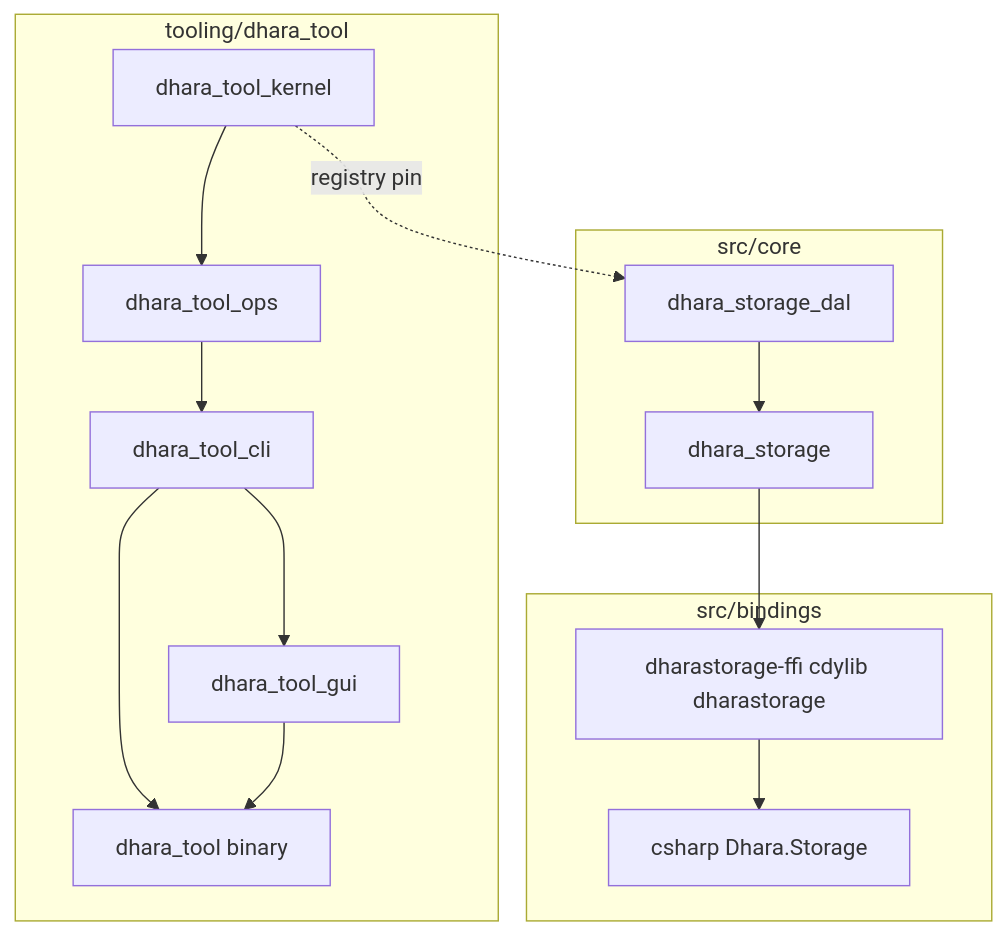
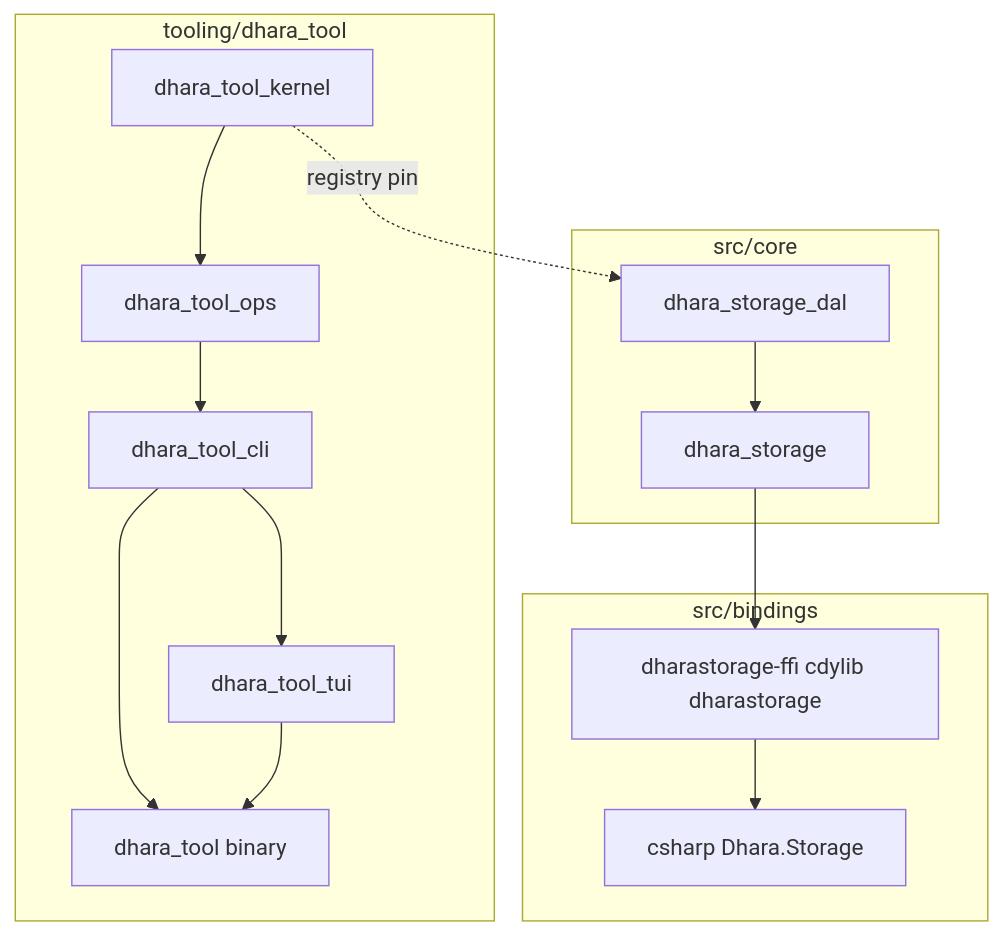
One commit to D-Naveenz/dhara_storage changed the first of 2 diagrams in docs/architecture.md. Above: the diagram before and after it, drawn with Mermaid. The commit also changed other lines of this file and 59 other files, not shown here.

First line of the commit message:
✨ Replace iced GUI with ratatui TUI for dhara_tool operator interface

````diff
--- a/docs/architecture.md
+++ b/docs/architecture.md
@@ -7,30 +7,30 @@
 ```mermaid
 flowchart TB
   subgraph core [src/core]
     dal[dhara_storage_dal]
     runtime[dhara_storage]
   end
 
   subgraph bindings [src/bindings]
     ffi[dharastorage-ffi cdylib dharastorage]
     csharp[csharp Dhara.Storage]
   end
 
   subgraph tool [tooling/dhara_tool]
     kernel[dhara_tool_kernel]
     ops[dhara_tool_ops]
     cli[dhara_tool_cli]
-    gui[dhara_tool_gui]
+    tui[dhara_tool_tui]
     bin[dhara_tool binary]
   end
 
   dal --> runtime
   runtime --> ffi
   ffi --> csharp
   kernel --> ops
   ops --> cli
-  cli --> gui
+  cli --> tui
   cli --> bin
-  gui --> bin
+  tui --> bin
   kernel -.->|registry pin| dal
 ```
````
